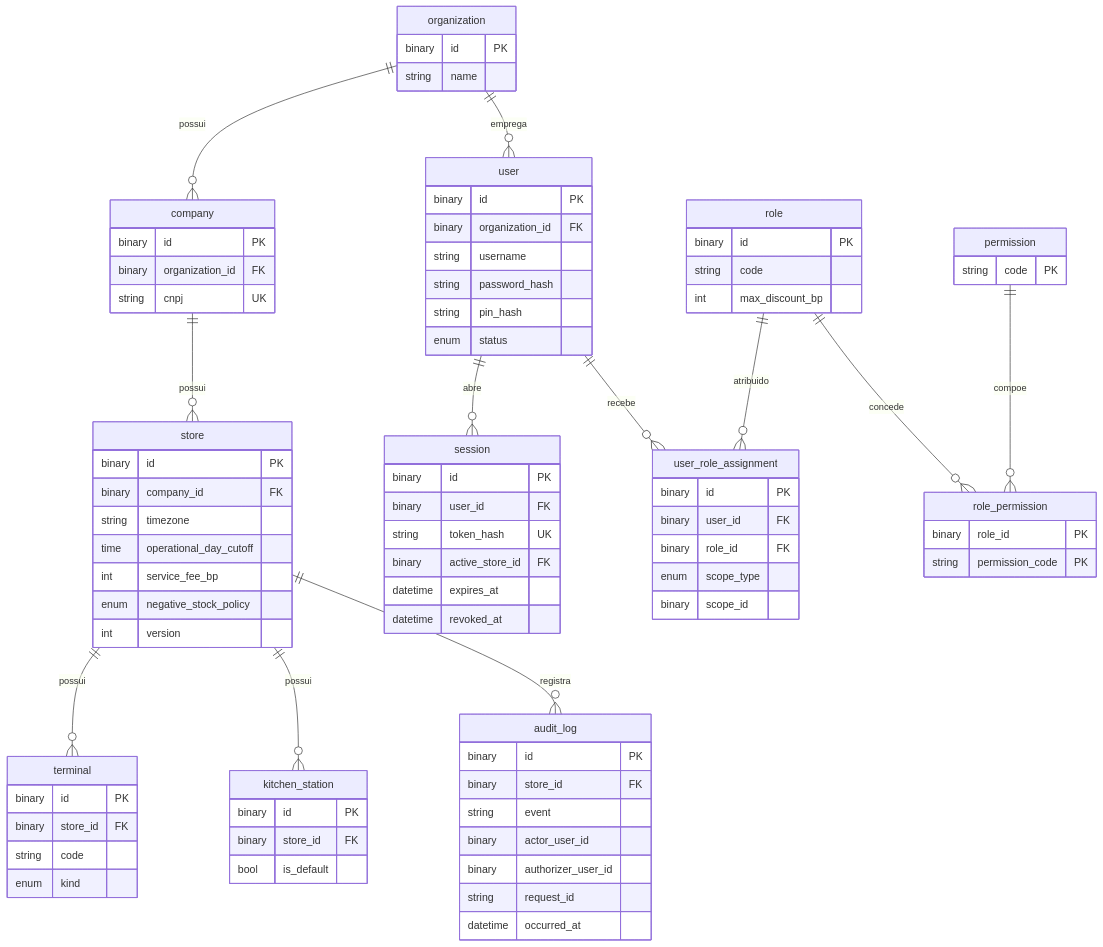
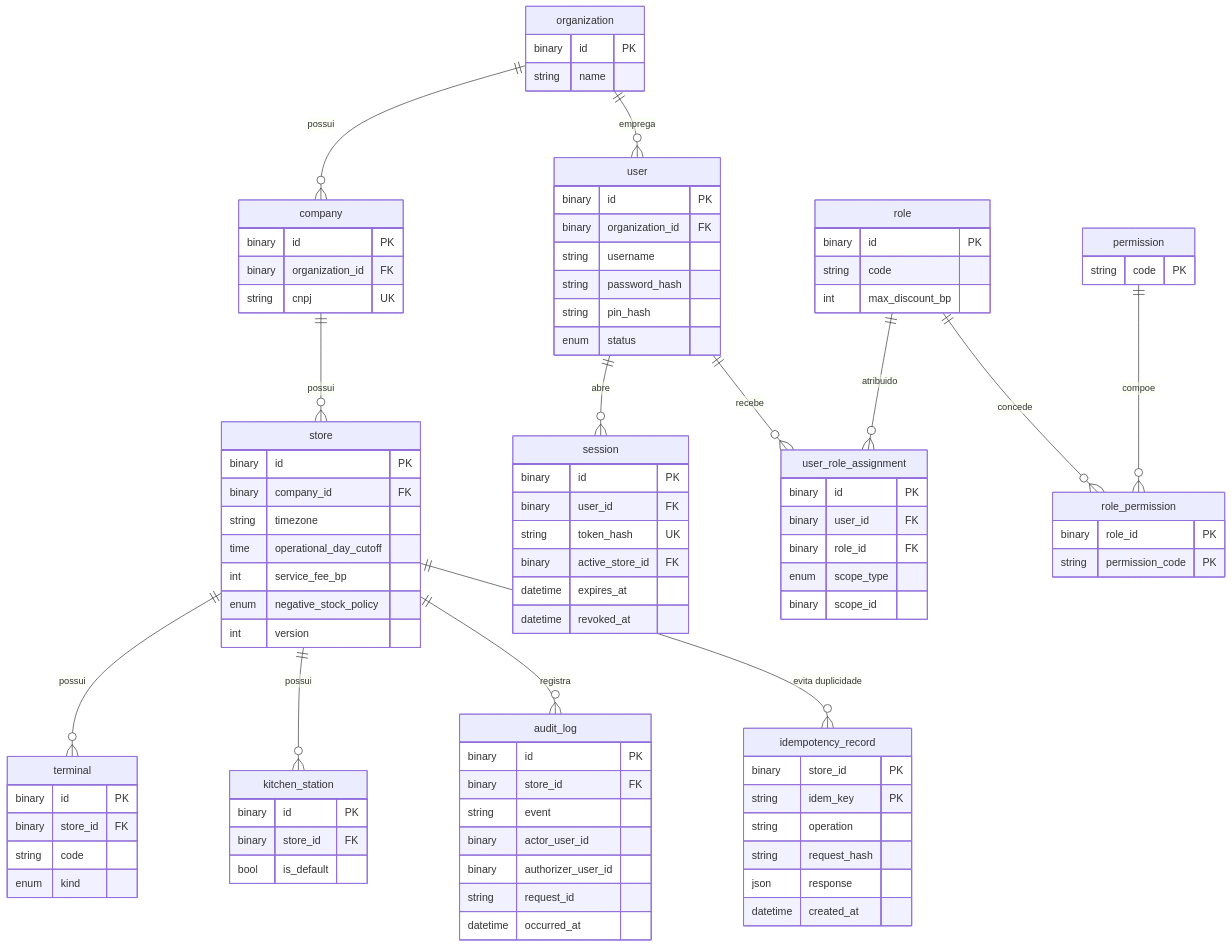
The first of 3 diagrams in maps/database/erd.md (marlonerick/erp-mesa-restaurante), drawn with Mermaid before and after one commit. The commit also changed other lines of this file and 23 other files, not shown here.

```diff
--- a/maps/database/erd.md
+++ b/maps/database/erd.md
@@ -18,7 +21,16 @@
   role ||--o{ role_permission : concede
   permission ||--o{ role_permission : compoe
   store ||--o{ audit_log : registra
+  store ||--o{ idempotency_record : "evita duplicidade"
 
+  idempotency_record {
+    binary store_id PK
+    string idem_key PK
+    string operation
+    string request_hash
+    json response
+    datetime created_at
+  }
   organization {
     binary id PK
     string name
```
